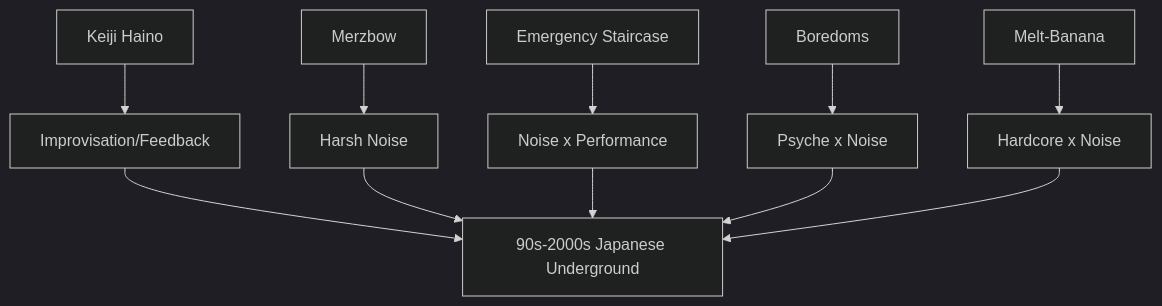
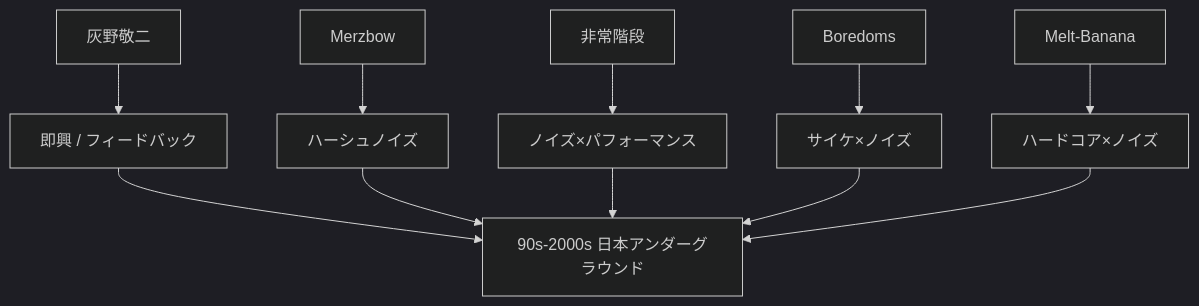
One commit to monumental-movement/monumental-movement.github.io changed the diagram in en/_posts/2025-09-24-Column-Japanese-Underground-Rock-Noise.md. Above: the diagram before and after it, drawn with Mermaid (dark theme). The commit also changed other lines of this file and 1724 other files, not shown here.

```diff
--- a/en/_posts/2025-09-24-Column-Japanese-Underground-Rock-Noise.md
+++ b/en/_posts/2025-09-24-Column-Japanese-Underground-Rock-Noise.md
@@ -144,13 +142,13 @@
 <div class="mermaid">
 flowchart TD
-A["Keiji Haino"] --> B["Improvisation/Feedback"]
-C["Merzbow"] --> D["Harsh Noise"]
-E["Emergency Staircase"] --> F["Noise x Performance"]
-G["Boredoms"] --> H["Psyche x Noise"]
-I["Melt-Banana"] --> J["Hardcore x Noise"]
-B --> Z["90s-2000s Japanese Underground"]
-D --> Z
-F --> Z
-H --> Z
-J --> Z
+    A["灰野敬二"] --> B["即興 / フィードバック"]
+    C["Merzbow"] --> D["ハーシュノイズ"]
+    E["非常階段"] --> F["ノイズ×パフォーマンス"]
+    G["Boredoms"] --> H["サイケ×ノイズ"]
+    I["Melt-Banana"] --> J["ハードコア×ノイズ"]
+    B --> Z["90s-2000s 日本アンダーグラウンド"]
+    D --> Z
+    F --> Z
+    H --> Z
+    J --> Z
 </div>
```
